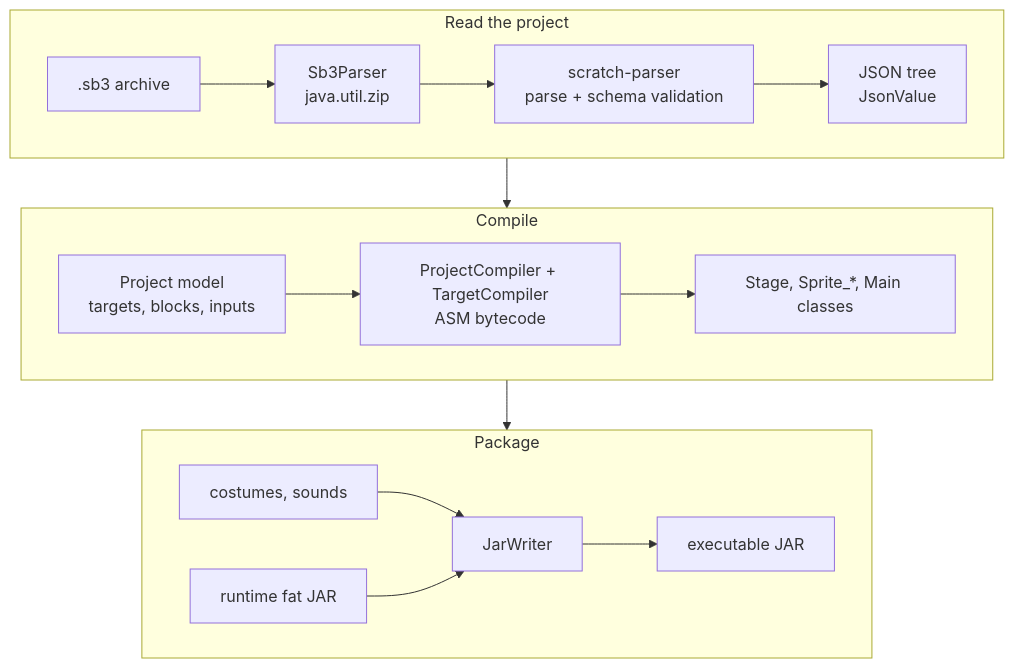
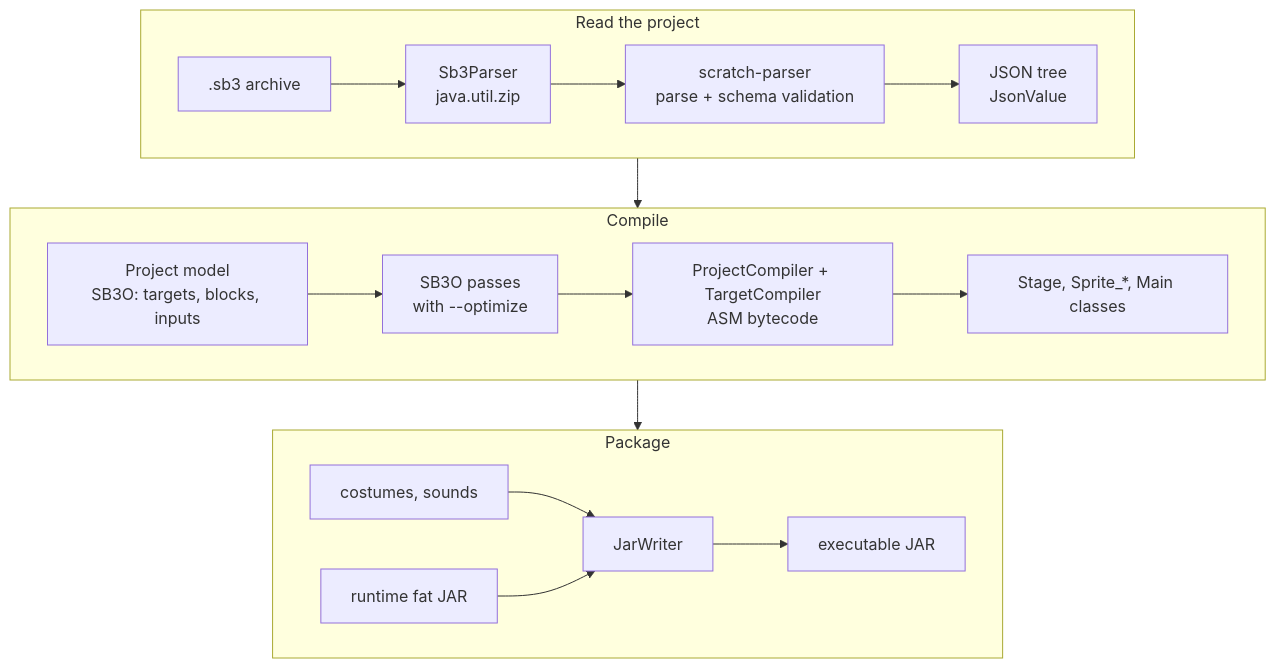
Before and after one commit to AstroBlocksMod/jScratch: the first of 5 diagrams in docs/architecture.md, drawn with Mermaid. The commit also changed other lines of this file and 24 other files, not shown here.

````diff
--- a/docs/architecture.md
+++ b/docs/architecture.md
@@ -5,22 +5,23 @@
 ```mermaid
 flowchart TB
     subgraph read ["Read the project"]
         direction LR
         sb3[".sb3 archive"] --> unzip["Sb3Parser<br>java.util.zip"]
         unzip --> sp["scratch-parser<br>parse + schema validation"]
         sp --> tree["JSON tree<br>JsonValue"]
     end
     subgraph compile ["Compile"]
         direction LR
-        model["Project model<br>targets, blocks, inputs"] --> codegen["ProjectCompiler + TargetCompiler<br>ASM bytecode"]
+        model["Project model<br>SB3O: targets, blocks, inputs"] --> opt["SB3O passes<br>with --optimize"]
+        opt --> codegen["ProjectCompiler + TargetCompiler<br>ASM bytecode"]
         codegen --> classes["Stage, Sprite_*, Main classes"]
     end
     subgraph package ["Package"]
         direction LR
         assets["costumes, sounds"] --> jar["JarWriter"]
         runtime["runtime fat JAR"] --> jar
         jar --> out["executable JAR"]
     end
     read --> compile
     compile --> package
 ```
````
